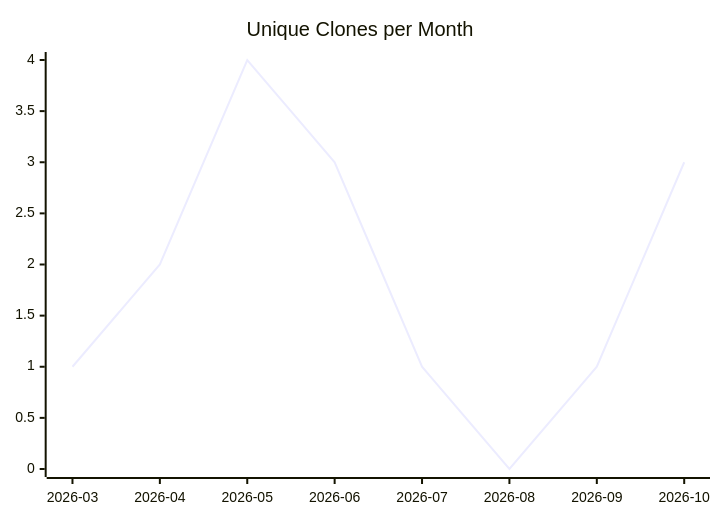
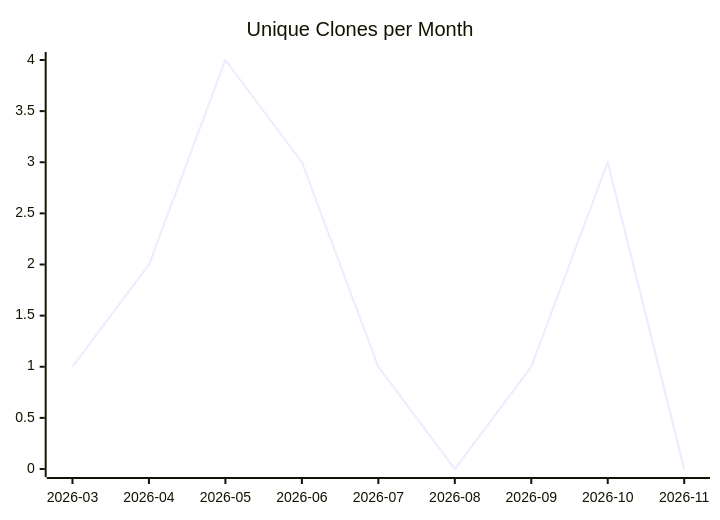
Before and after one commit to justdavis-family/github-analytics-data: the third of 3 diagrams in karlmdavis/puppet-archive/README.md, drawn with Mermaid. The commit also changed other lines of this file and 201 other files, not shown here.

````diff
--- a/karlmdavis/puppet-archive/README.md
+++ b/karlmdavis/puppet-archive/README.md
@@ -19,6 +19,6 @@
 ```mermaid
 xychart-beta
   title "Unique Clones per Month"
-  x-axis ["2026-03", "2026-04", "2026-05", "2026-06", "2026-07", "2026-08", "2026-09", "2026-10"]
-  line [1, 2, 4, 3, 1, 0, 1, 3]
+  x-axis ["2026-03", "2026-04", "2026-05", "2026-06", "2026-07", "2026-08", "2026-09", "2026-10", "2026-11"]
+  line [1, 2, 4, 3, 1, 0, 1, 3, 0]
 ```
````
